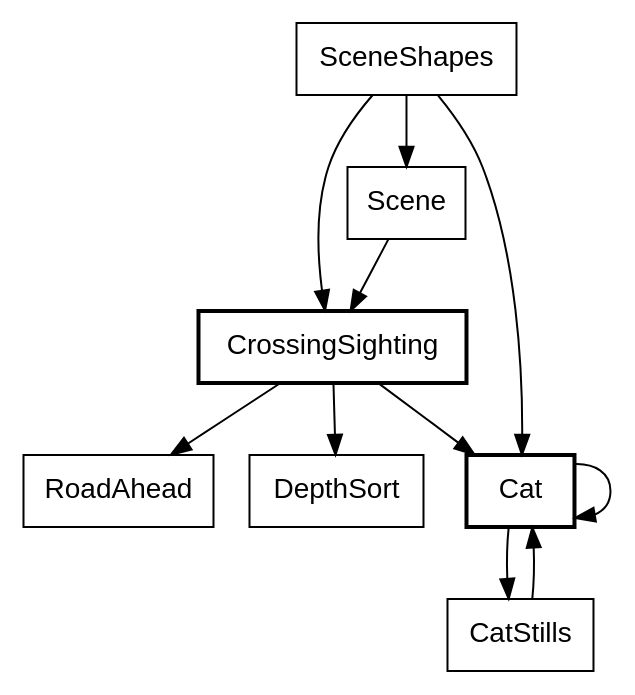
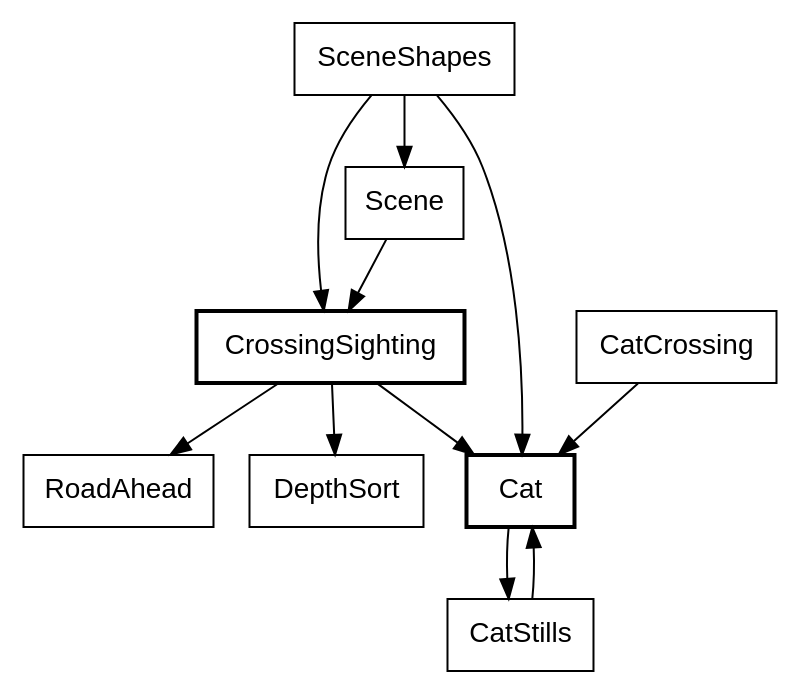
Diagram 25 of 35 in canvas_apps/safari/tutorial/tutorial.md (showell/roc-apps), drawn with Graphviz before and after one commit. The commit also changed other lines of this file, not shown here.

Commit message:
tutorial: the cat diagrams name CatCrossing, and three stale Posed names

````diff
--- a/canvas_apps/safari/tutorial/tutorial.md
+++ b/canvas_apps/safari/tutorial/tutorial.md
@@ -2260,17 +2260,17 @@
 ```dot
 digraph screen {
   node [shape=box, fontname="Helvetica"];
   CrossingSighting [style=bold];
   Cat [style=bold];
   SceneShapes -> Scene;
   SceneShapes -> Cat;
   SceneShapes -> CrossingSighting;
   Scene -> CrossingSighting;
   CrossingSighting -> Cat;
   CrossingSighting -> RoadAhead;
   CrossingSighting -> DepthSort;
-  Cat -> Cat;
+  CatCrossing -> Cat;
   Cat -> CatStills;
   CatStills -> Cat;
 }
 ```
````
